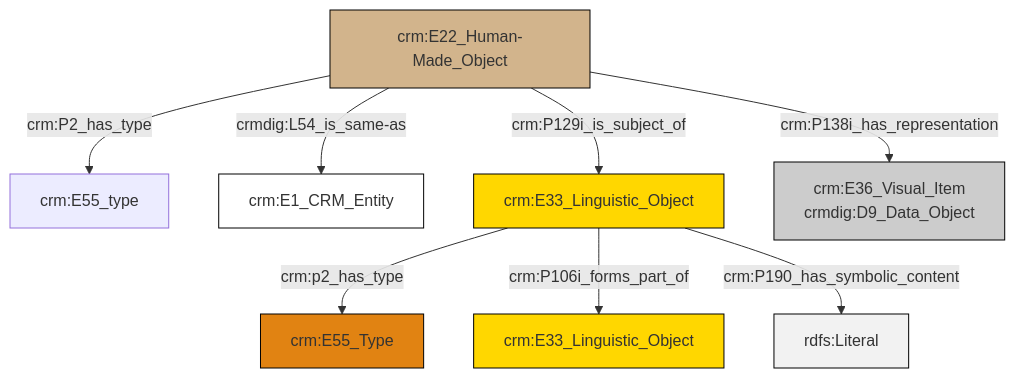
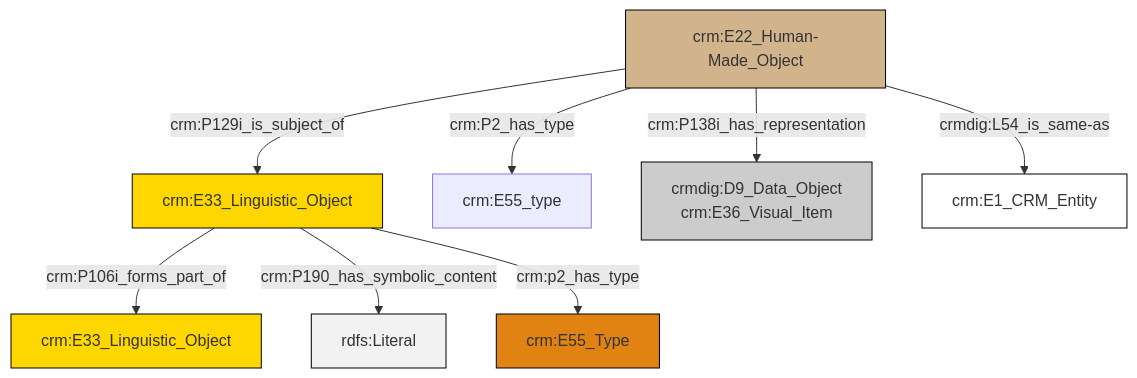
Before and after one commit to ncarboni/srdm: the diagram in et/builtWorkCSV/ttl/mmd/Built_Work_documentation.ttl.mmd, drawn with Mermaid. The commit also changed 127 other files, not shown here.

```diff
--- a/et/builtWorkCSV/ttl/mmd/Built_Work_documentation.ttl.mmd
+++ b/et/builtWorkCSV/ttl/mmd/Built_Work_documentation.ttl.mmd
@@ -1,22 +1,22 @@
 graph TD
 classDef Literal fill:#f2f2f2,stroke:#000000;
 classDef CRM_Entity fill:#FFFFFF,stroke:#000000;
 classDef Temporal_Entity fill:#00C9E6, stroke:#000000;
 classDef Type fill:#E18312, stroke:#000000;
 classDef Time-Span fill:#2C9C91, stroke:#000000;
 classDef Appellation fill:#FFEB7F, stroke:#000000;
 classDef Place fill:#008836, stroke:#000000;
 classDef Persistent_Item fill:#B266B2, stroke:#000000;
 classDef Conceptual_Object fill:#FFD700, stroke:#000000;
 classDef Physical_Thing fill:#D2B48C, stroke:#000000;
 classDef Actor fill:#f58aad, stroke:#000000;
 classDef PC_Classes fill:#4ce600, stroke:#000000;
 classDef Multi fill:#cccccc,stroke:#000000;
 
-0["crm:E22_Human-Made_Object"]:::Physical_Thing -->|crm:P2_has_type| 1["crm:E55_type"]:::Default
-0["crm:E22_Human-Made_Object"]:::Physical_Thing -->|crmdig:L54_is_same-as| 4["crm:E1_CRM_Entity"]:::CRM_Entity
-6["crm:E33_Linguistic_Object"]:::Conceptual_Object -->|crm:p2_has_type| 2["crm:E55_Type"]:::Type
-0["crm:E22_Human-Made_Object"]:::Physical_Thing -->|crm:P129i_is_subject_of| 6["crm:E33_Linguistic_Object"]:::Conceptual_Object
-0["crm:E22_Human-Made_Object"]:::Physical_Thing -->|crm:P138i_has_representation| 9["crm:E36_Visual_Item<br>crmdig:D9_Data_Object"]:::Multi
-6["crm:E33_Linguistic_Object"]:::Conceptual_Object -->|crm:P106i_forms_part_of| 12["crm:E33_Linguistic_Object"]:::Conceptual_Object
-6["crm:E33_Linguistic_Object"]:::Conceptual_Object -->|crm:P190_has_symbolic_content| 13[rdfs:Literal]:::Literal
+2["crm:E33_Linguistic_Object"]:::Conceptual_Object -->|crm:P106i_forms_part_of| 3["crm:E33_Linguistic_Object"]:::Conceptual_Object
+0["crm:E22_Human-Made_Object"]:::Physical_Thing -->|crm:P2_has_type| 4["crm:E55_type"]:::Default
+0["crm:E22_Human-Made_Object"]:::Physical_Thing -->|crm:P138i_has_representation| 6["crmdig:D9_Data_Object<br>crm:E36_Visual_Item"]:::Multi
+2["crm:E33_Linguistic_Object"]:::Conceptual_Object -->|crm:P190_has_symbolic_content| 7[rdfs:Literal]:::Literal
+0["crm:E22_Human-Made_Object"]:::Physical_Thing -->|crmdig:L54_is_same-as| 9["crm:E1_CRM_Entity"]:::CRM_Entity
+0["crm:E22_Human-Made_Object"]:::Physical_Thing -->|crm:P129i_is_subject_of| 2["crm:E33_Linguistic_Object"]:::Conceptual_Object
+2["crm:E33_Linguistic_Object"]:::Conceptual_Object -->|crm:p2_has_type| 11["crm:E55_Type"]:::Type
```
